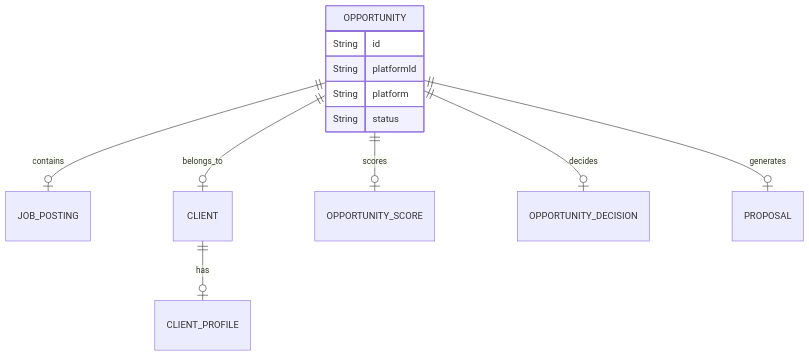
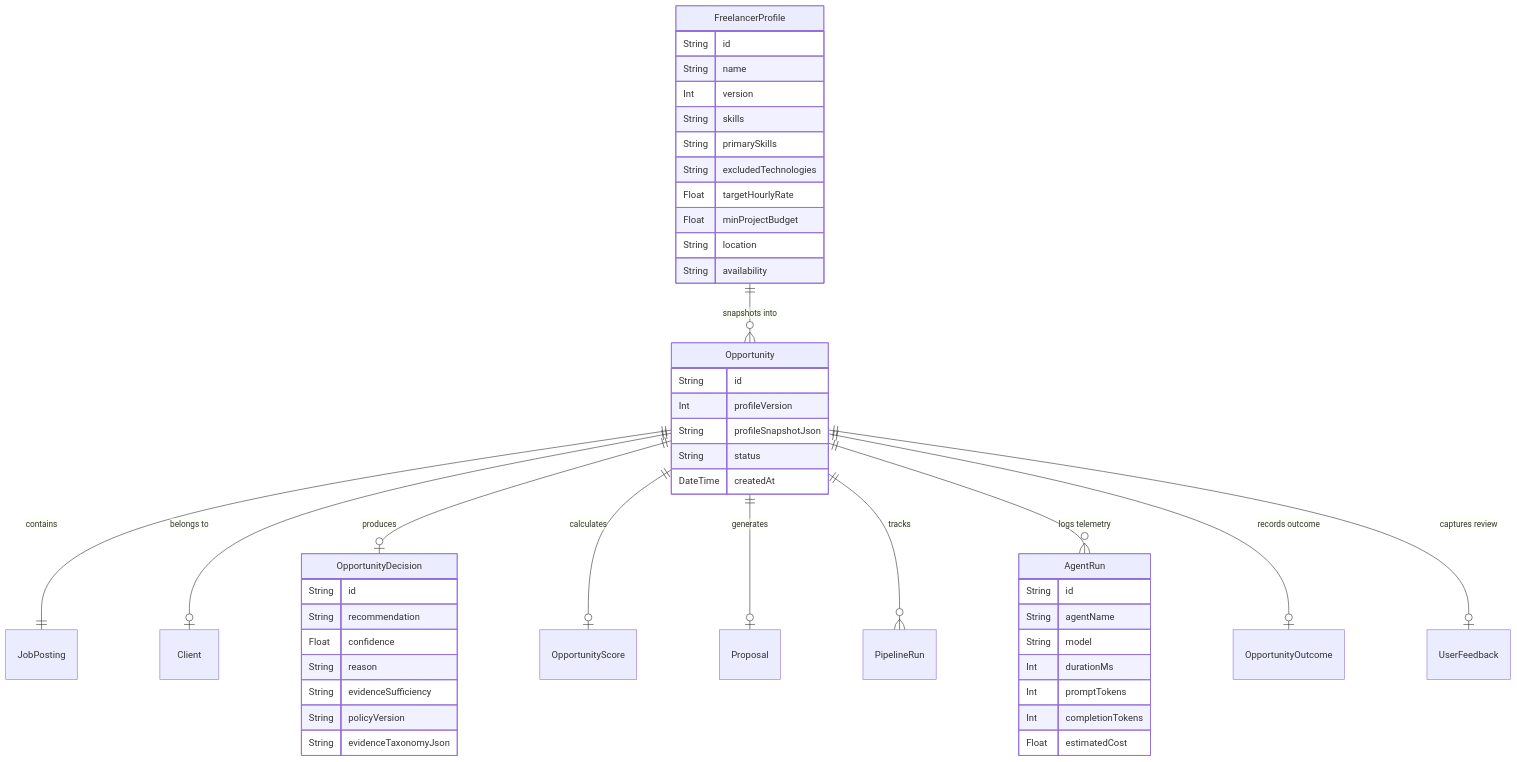
The second of 2 diagrams in docs/ARCHITECTURE.md (GhulamMustufa/ai-freelance-pipeline), drawn with Mermaid before and after one commit. The commit also changed other lines of this file and 23 other files, not shown here.

````diff
--- a/docs/ARCHITECTURE.md
+++ b/docs/ARCHITECTURE.md
@@ -6,16 +107,54 @@
 ```mermaid
 erDiagram
-    OPPORTUNITY ||--o| JOB_POSTING : contains
-    OPPORTUNITY ||--o| CLIENT : belongs_to
-    OPPORTUNITY ||--o| OPPORTUNITY_SCORE : scores
-    OPPORTUNITY ||--o| OPPORTUNITY_DECISION : decides
-    OPPORTUNITY ||--o| PROPOSAL : generates
-    CLIENT ||--o| CLIENT_PROFILE : has
+    FreelancerProfile ||--o{ Opportunity : "snapshots into"
+    Opportunity ||--|| JobPosting : "contains"
+    Opportunity ||--o| Client : "belongs to"
+    Opportunity ||--o| OpportunityDecision : "produces"
+    Opportunity ||--o| OpportunityScore : "calculates"
+    Opportunity ||--o| Proposal : "generates"
+    Opportunity ||--o{ PipelineRun : "tracks"
+    Opportunity ||--o{ AgentRun : "logs telemetry"
+    Opportunity ||--o| OpportunityOutcome : "records outcome"
+    Opportunity ||--o| UserFeedback : "captures review"
 
-    OPPORTUNITY {
+    FreelancerProfile {
         String id
-        String platformId
-        String platform
+        String name
+        Int version
+        String skills
+        String primarySkills
+        String excludedTechnologies
+        Float targetHourlyRate
+        Float minProjectBudget
+        String location
+        String availability
+    }
+
+    Opportunity {
+        String id
+        Int profileVersion
+        String profileSnapshotJson
         String status
+        DateTime createdAt
+    }
+
+    OpportunityDecision {
+        String id
+        String recommendation
+        Float confidence
+        String reason
+        String evidenceSufficiency
+        String policyVersion
+        String evidenceTaxonomyJson
+    }
+
+    AgentRun {
+        String id
+        String agentName
+        String model
+        Int durationMs
+        Int promptTokens
+        Int completionTokens
+        Float estimatedCost
     }
 ```
````
